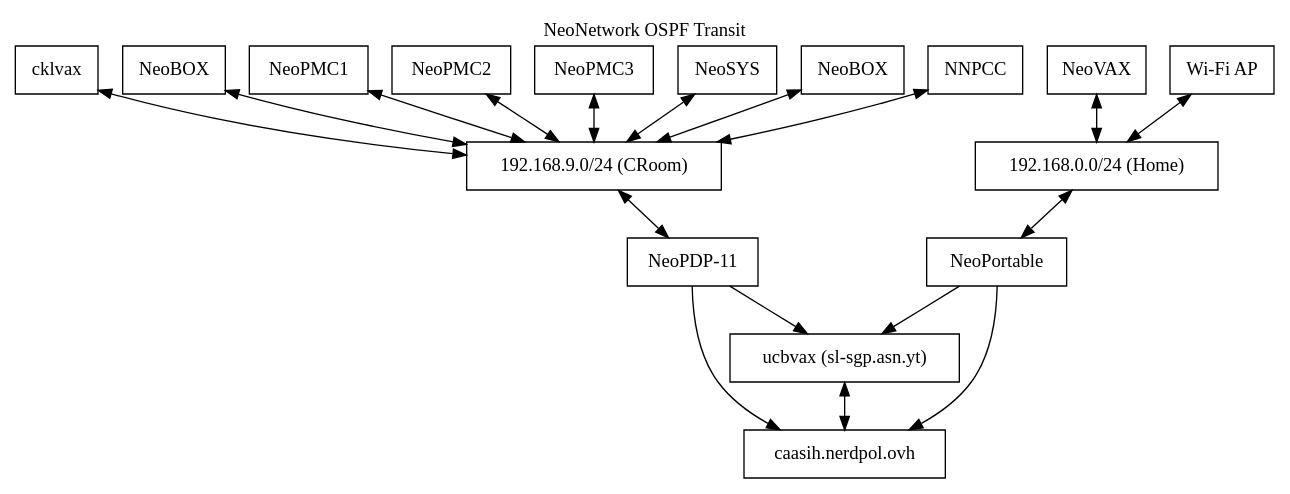
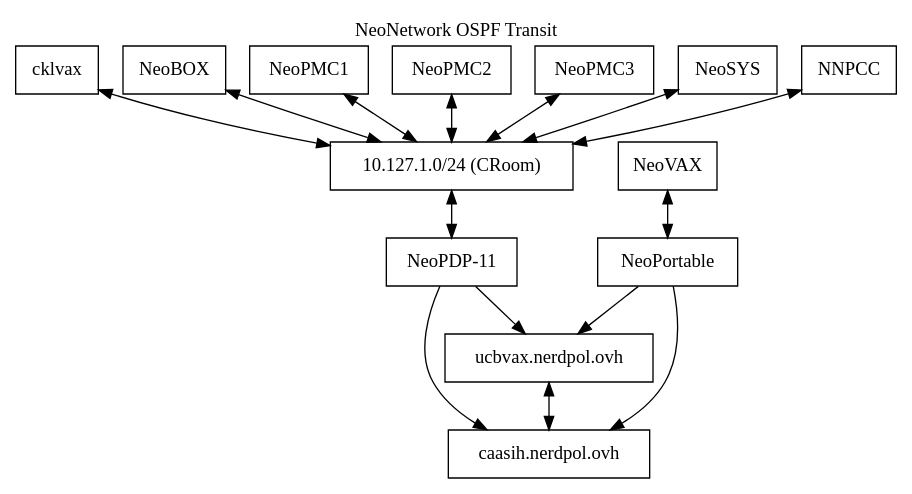
One commit to NeoCloud/NeoNetwork changed the diagram in VPN.dot. Above: the diagram before and after it, drawn with Graphviz. The commit also changed 2 other files, not shown here.

```diff
--- a/VPN.dot
+++ b/VPN.dot
@@ -1,36 +1,30 @@
 digraph ""
 {
 	labelloc="t";
 	label="NeoNetwork OSPF Transit";
 	rankdir=TD
 	node [shape=box]
 	c [label="caasih.nerdpol.ovh"]
-	ucbvax [label="ucbvax (sl-sgp.asn.yt)"]
+	ucbvax [label="ucbvax.nerdpol.ovh"]
 	np11 [label="NeoPDP-11"]
 	cklvax [label="cklvax"]
 	neobox [label="NeoBOX"]
-	local [label="192.168.9.0/24 (CRoom)"]
+	local [label="10.127.1.0/24 (CRoom)"]
 	np [label="NeoPortable"]
 	nv [label="NeoVAX"]
-	home [label="192.168.0.0/24 (Home)"]
-	openwrt [label="Wi-Fi AP"]
-
 
 	NeoPMC1 -> local [dir=both]
 	NeoPMC2 -> local [dir=both]
 	NeoPMC3 -> local [dir=both]
 	NeoSYS -> local [dir=both]
-	NeoBOX -> local [dir=both]
 	NNPCC -> local [dir=both]
 	np11 -> c
 	np11 -> ucbvax
 	ucbvax -> c [dir=both]
 	cklvax -> local [dir=both]
 	neobox -> local [dir=both]
 	local -> np11 [dir=both]
 	np -> ucbvax
 	np -> c
-	home -> np [dir=both]
-	openwrt -> home [dir=both]
-	nv -> home [dir=both]
+	nv -> np [dir=both]
 }
```
